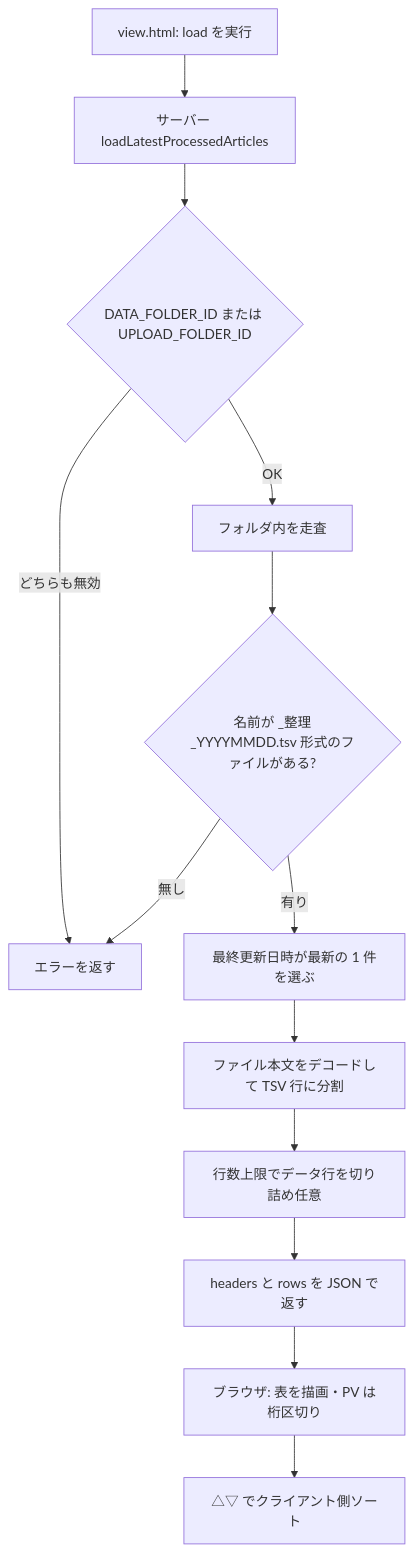
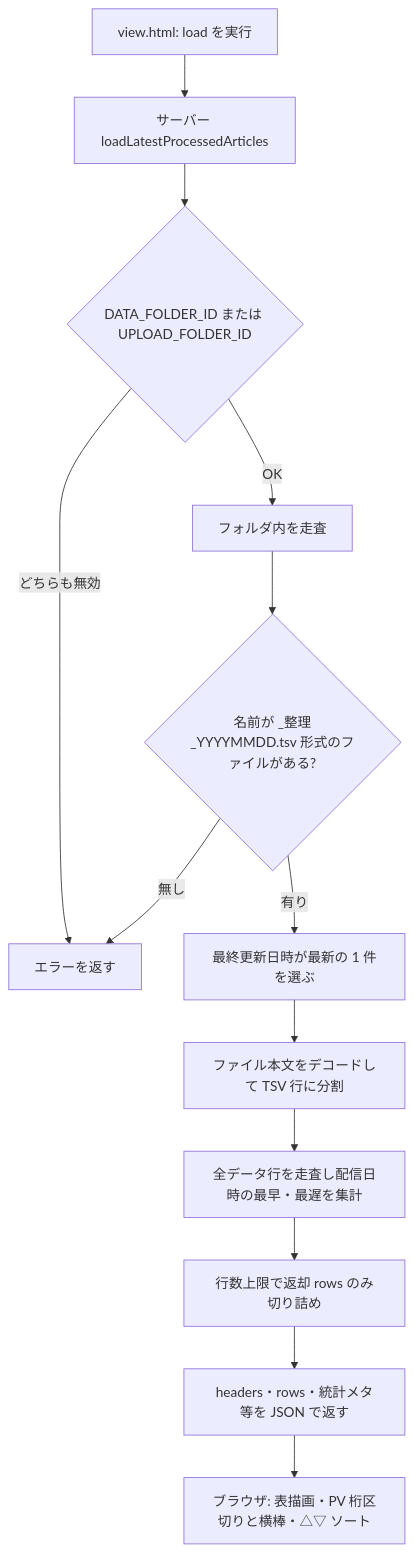
One commit to wm-ayamaya/Ynews_PV_viewer changed the third of 3 diagrams in gas/upload-webapp/README.md. Above: the diagram before and after it, drawn with Mermaid. The commit also changed other lines of this file and 2 other files, not shown here.

````diff
--- a/gas/upload-webapp/README.md
+++ b/gas/upload-webapp/README.md
@@ -40,15 +40,15 @@
 ```mermaid
 flowchart TD
   V0[view.html: load を実行] --> V1[サーバー loadLatestProcessedArticles]
   V1 --> V2{DATA_FOLDER_ID または UPLOAD_FOLDER_ID}
   V2 -->|どちらも無効| VE[エラーを返す]
   V2 -->|OK| V3[フォルダ内を走査]
   V3 --> V4{名前が _整理_YYYYMMDD.tsv 形式のファイルがある?}
   V4 -->|無し| VE
   V4 -->|有り| V5[最終更新日時が最新の 1 件を選ぶ]
   V5 --> V6[ファイル本文をデコードして TSV 行に分割]
-  V6 --> V7[行数上限でデータ行を切り詰め任意]
-  V7 --> V8[headers と rows を JSON で返す]
-  V8 --> V9[ブラウザ: 表を描画・PV は桁区切り]
-  V9 --> V10[△▽ でクライアント側ソート]
+  V6 --> V7[全データ行を走査し配信日時の最早・最遅を集計]
+  V7 --> V8[行数上限で返却 rows のみ切り詰め]
+  V8 --> V9[headers・rows・統計メタ等を JSON で返す]
+  V9 --> V10[ブラウザ: 表描画・PV 桁区切りと横棒・△▽ ソート]
 ```
````
